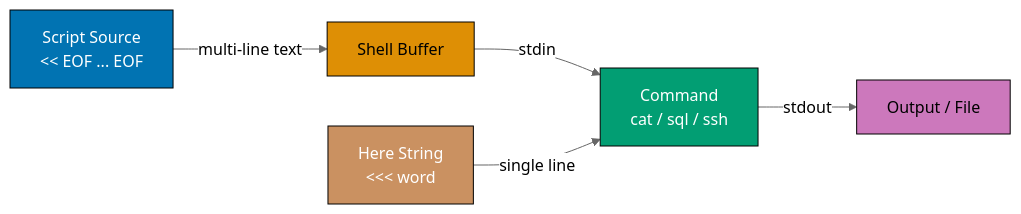
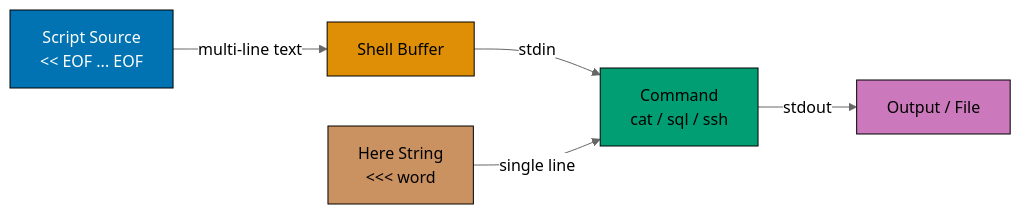
One commit to wahidyankf/ose-public changed diagram 14 of 15 in apps/ayokoding-www/content/en/learn/legacy/software-engineering/platforms/linux/tools/shell/by-example/beginner.md. Above: the diagram before and after it, drawn with Mermaid (neutral theme). The commit also changed other lines of this file and 130 other files, not shown here.

First line of the commit message:
fix(mermaid): bring the legacy platforms diagrams onto the accessible palette

````diff
--- a/apps/ayokoding-www/content/en/learn/legacy/software-engineering/platforms/linux/tools/shell/by-example/beginner.md
+++ b/apps/ayokoding-www/content/en/learn/legacy/software-engineering/platforms/linux/tools/shell/by-example/beginner.md
@@ -2685,14 +2767,22 @@
 ```mermaid
 %% Color Palette: Blue #0173B2, Orange #DE8F05, Teal #029E73, Purple #CC78BC, Brown #CA9161
 graph LR
+    accTitle: Diagram
+    accDescr: Graph with 6 nodes and 9 connections. Nodes: A, lt, Shell Buffer, Command cat / sql / ssh, Output / File, E. Connections: A to Shell Buffer (multi-line text), lt to Shell Buffer (multi-line text), lt to Shell Buffer (multi-line text), Shell Buffer to Command cat / sql / ssh (stdin), Command cat / sql / ssh to Output / File (stdout), E to Command cat / sql / ssh (single line), lt to Command cat / sql / ssh (single line), lt to Command cat / sql / ssh (single line), lt to Command cat / sql / ssh (single line).
     A[Script Source<br/>&lt;&lt; EOF ... EOF] -->|multi-line text| B[Shell Buffer]
     B -->|stdin| C[Command<br/>cat / sql / ssh]
     C -->|stdout| D[Output / File]
     E[Here String<br/>&lt;&lt;&lt; word] -->|single line| C
 
-    style A fill:#0173B2,stroke:#000,color:#fff
-    style B fill:#DE8F05,stroke:#000,color:#000
-    style C fill:#029E73,stroke:#000,color:#fff
-    style D fill:#CC78BC,stroke:#000,color:#000
-    style E fill:#CA9161,stroke:#000,color:#fff
+    classDef pal-0173B2 fill:#0173B2,stroke:#000000,color:#FFFFFF
+    class A pal-0173B2
+    classDef pal-DE8F05 fill:#DE8F05,stroke:#000000,color:#000000
+    class B pal-DE8F05
+    classDef pal-029E73 fill:#029E73,stroke:#000000,color:#000000
+    class C pal-029E73
+    classDef pal-CC78BC fill:#CC78BC,stroke:#000000,color:#000000
+    class D pal-CC78BC
+    classDef pal-CA9161 fill:#CA9161,stroke:#000000,color:#000000
+    class E pal-CA9161
+    classDef default fill:#FFFFFF,stroke:#000000,color:#000000
 ```
````
